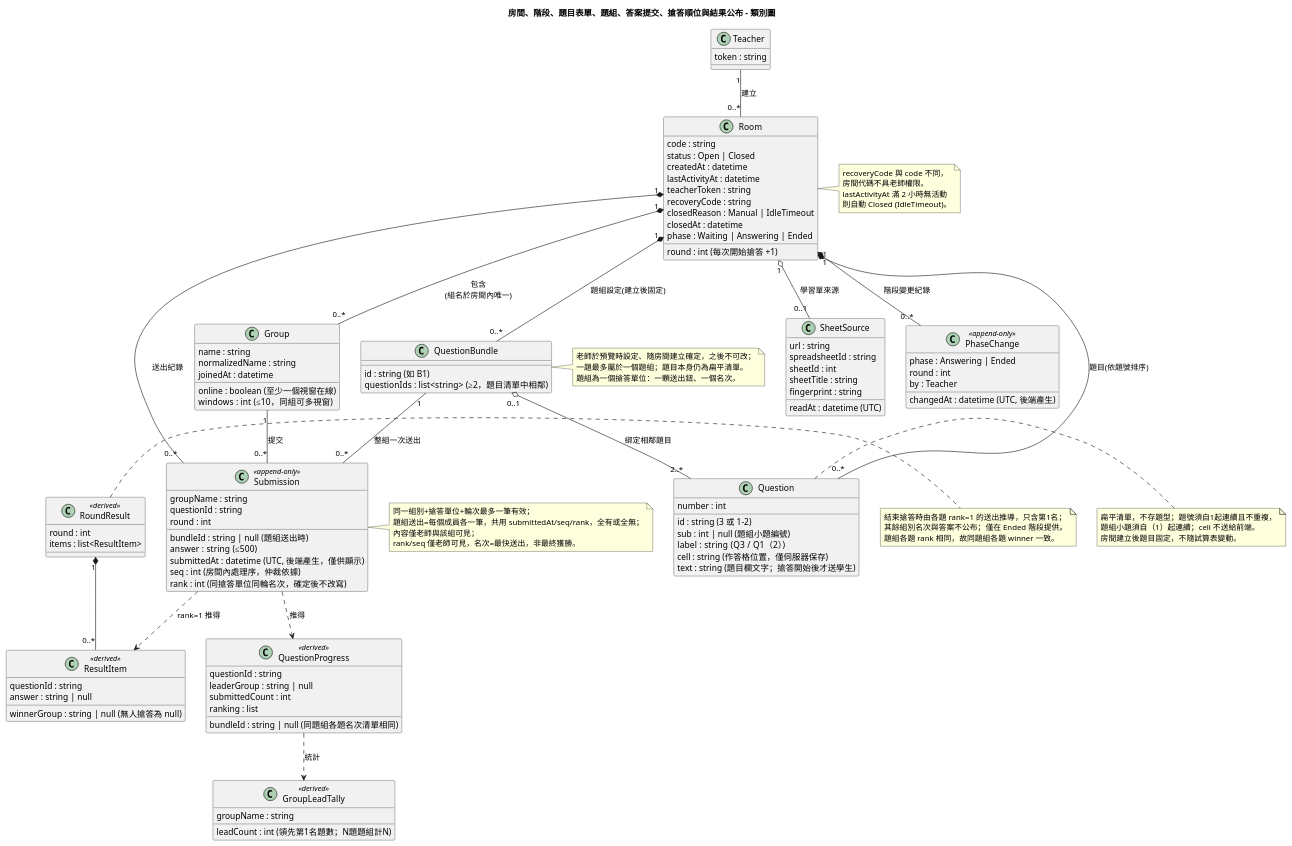
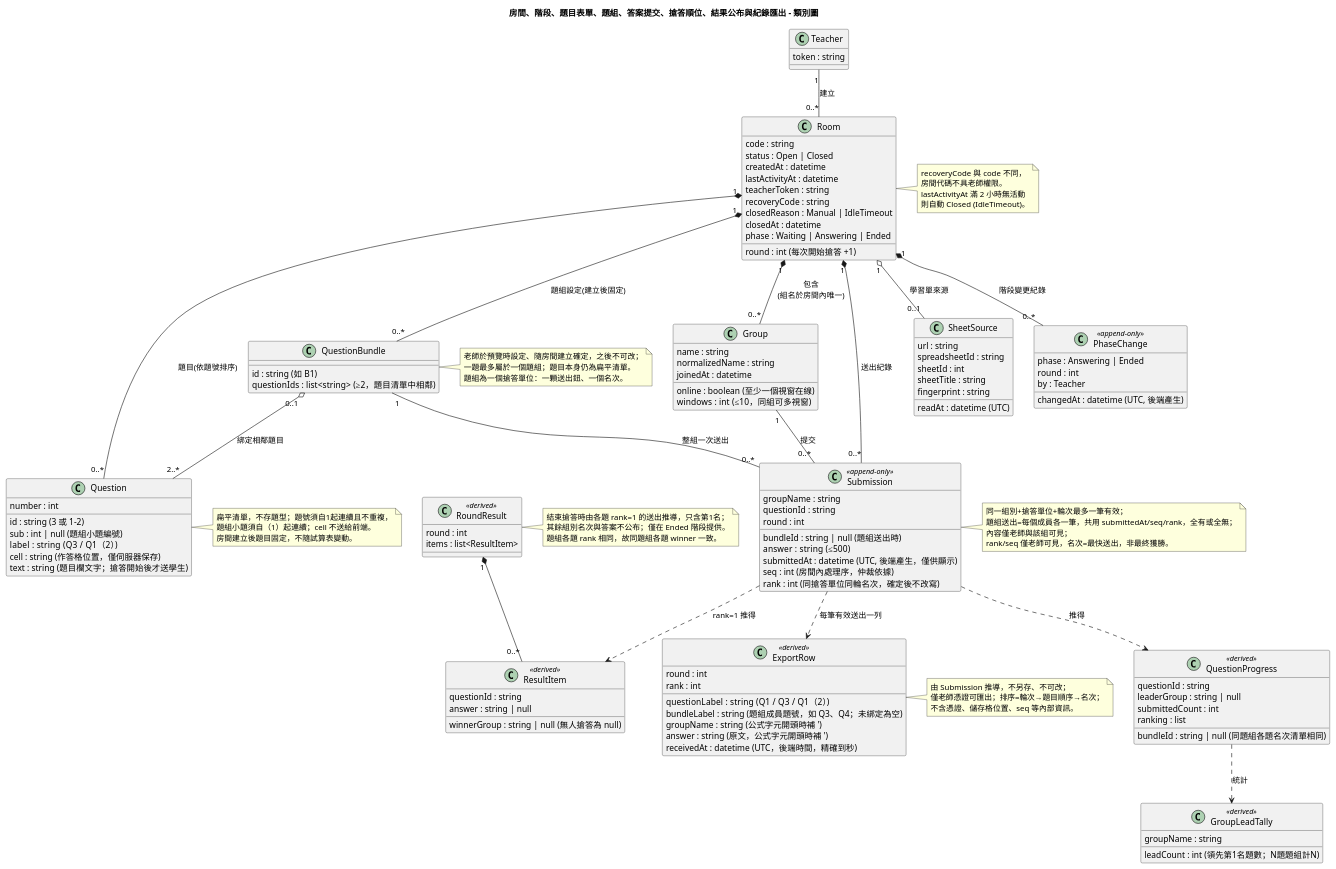
Before and after one commit to lin900822/ncu-se-final: the diagram in diagrams/class.puml, drawn with PlantUML. The commit also changed 26 other files, not shown here.

```diff
--- a/diagrams/class.puml
+++ b/diagrams/class.puml
@@ -1,122 +1,137 @@
 @startuml class
-title 房間、階段、題目表單、題組、答案提交、搶答順位與結果公布 - 類別圖
+title 房間、階段、題目表單、題組、答案提交、搶答順位、結果公布與紀錄匯出 - 類別圖
 class Room {
   code : string
   status : Open | Closed
   createdAt : datetime
   lastActivityAt : datetime
   teacherToken : string
   recoveryCode : string
   closedReason : Manual | IdleTimeout
   closedAt : datetime
   phase : Waiting | Answering | Ended
   round : int (每次開始搶答 +1)
 }
 class Question {
   id : string (3 或 1-2)
   number : int
   sub : int | null (題組小題編號)
   label : string (Q3 / Q1（2）)
   cell : string (作答格位置，僅伺服器保存)
   text : string (題目欄文字；搶答開始後才送學生)
 }
 class QuestionBundle {
   id : string (如 B1)
   questionIds : list<string> (≥2，題目清單中相鄰)
 }
 note right of QuestionBundle
   老師於預覽時設定、隨房間建立確定，之後不可改；
   一題最多屬於一個題組；題目本身仍為扁平清單。
   題組為一個搶答單位：一顆送出鈕、一個名次。
 end note
 class SheetSource {
   url : string
   spreadsheetId : string
   sheetId : int
   sheetTitle : string
   readAt : datetime (UTC)
   fingerprint : string
 }
 note right of Question
   扁平清單，不存題型；題號須自1起連續且不重複，
   題組小題須自（1）起連續；cell 不送給前端。
   房間建立後題目固定，不隨試算表變動。
 end note
 class Submission <<append-only>> {
   groupName : string
   questionId : string
   bundleId : string | null (題組送出時)
   round : int
   answer : string (≤500)
   submittedAt : datetime (UTC, 後端產生，僅供顯示)
   seq : int (房間內處理序，仲裁依據)
   rank : int (同搶答單位同輪名次，確定後不改寫)
 }
 note right of Submission
   同一組別+搶答單位+輪次最多一筆有效；
   題組送出=每個成員各一筆，共用 submittedAt/seq/rank，全有或全無；
   內容僅老師與該組可見；
   rank/seq 僅老師可見，名次=最快送出，非最終獲勝。
 end note
 class QuestionProgress <<derived>> {
   questionId : string
   bundleId : string | null (同題組各題名次清單相同)
   leaderGroup : string | null
   submittedCount : int
   ranking : list
 }
 class GroupLeadTally <<derived>> {
   groupName : string
   leadCount : int (領先第1名題數；N題題組計N)
 }
 class RoundResult <<derived>> {
   round : int
   items : list<ResultItem>
 }
 class ResultItem <<derived>> {
   questionId : string
   winnerGroup : string | null (無人搶答為 null)
   answer : string | null
 }
 note right of RoundResult
   結束搶答時由各題 rank=1 的送出推導，只含第1名；
   其餘組別名次與答案不公布；僅在 Ended 階段提供。
   題組各題 rank 相同，故同題組各題 winner 一致。
 end note
+class ExportRow <<derived>> {
+  round : int
+  questionLabel : string (Q1 / Q3 / Q1（2）)
+  bundleLabel : string (題組成員題號，如 Q3、Q4；未綁定為空)
+  groupName : string (公式字元開頭時補 ')
+  answer : string (原文，公式字元開頭時補 ')
+  receivedAt : datetime (UTC，後端時間，精確到秒)
+  rank : int
+}
+note right of ExportRow
+  由 Submission 推導，不另存、不可改；
+  僅老師憑證可匯出；排序=輪次→題目順序→名次；
+  不含憑證、儲存格位置、seq 等內部資訊。
+end note
 class PhaseChange <<append-only>> {
   phase : Answering | Ended
   round : int
   by : Teacher
   changedAt : datetime (UTC, 後端產生)
 }
 class Group {
   name : string
   normalizedName : string
   online : boolean (至少一個視窗在線)
   windows : int (≤10，同組可多視窗)
   joinedAt : datetime
 }
 class Teacher {
   token : string
 }
 note right of Room
   recoveryCode 與 code 不同，
   房間代碼不具老師權限。
   lastActivityAt 滿 2 小時無活動
   則自動 Closed (IdleTimeout)。
 end note
 Teacher "1" -- "0..*" Room : 建立
 Room "1" *-- "0..*" PhaseChange : 階段變更紀錄
 Room "1" *-- "0..*" Submission : 送出紀錄
 Group "1" -- "0..*" Submission : 提交
 Submission ..> QuestionProgress : 推得
+Submission ..> ExportRow : 每筆有效送出一列
 Submission ..> ResultItem : rank=1 推得
 RoundResult "1" *-- "0..*" ResultItem
 QuestionProgress ..> GroupLeadTally : 統計
 Room "1" *-- "0..*" Question : 題目(依題號排序)
 Room "1" o-- "0..1" SheetSource : 學習單來源
 Room "1" *-- "0..*" QuestionBundle : 題組設定(建立後固定)
 QuestionBundle "0..1" o-- "2..*" Question : 綁定相鄰題目
 QuestionBundle "1" -- "0..*" Submission : 整組一次送出
 Room "1" *-- "0..*" Group : 包含\n(組名於房間內唯一)
 @enduml
```
